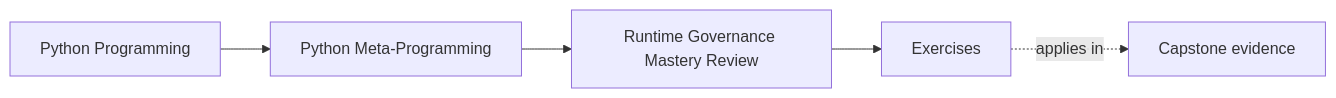
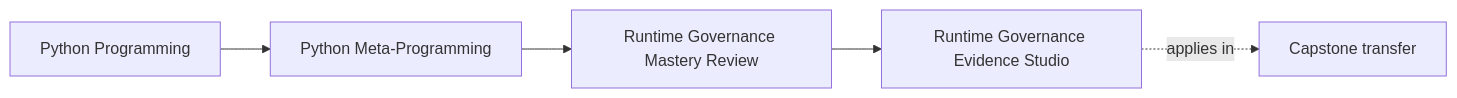
The first of 2 diagrams in programs/python-programming/python-meta-programming/course-book/module-10-runtime-governance-mastery-review/exercises.md (bijux/bijux-masterclass), drawn with Mermaid before and after one commit. The commit also changed other lines of this file and 1 other file, not shown here.

Commit message:
docs(meta-course): build runtime governance evidence studio

````diff
--- a/programs/python-programming/python-meta-programming/course-book/module-10-runtime-governance-mastery-review/exercises.md
+++ b/programs/python-programming/python-meta-programming/course-book/module-10-runtime-governance-mastery-review/exercises.md
@@ -7,11 +6,11 @@
 ```mermaid
 graph LR
   family["Python Programming"]
   program["Python Meta-Programming"]
   section["Runtime Governance Mastery Review"]
-  page["Exercises"]
-  capstone["Capstone evidence"]
+  page["Runtime Governance Evidence Studio"]
+  capstone["Capstone transfer"]
 
   family --> program --> section --> page
   page -.applies in.-> capstone
 ```
````
